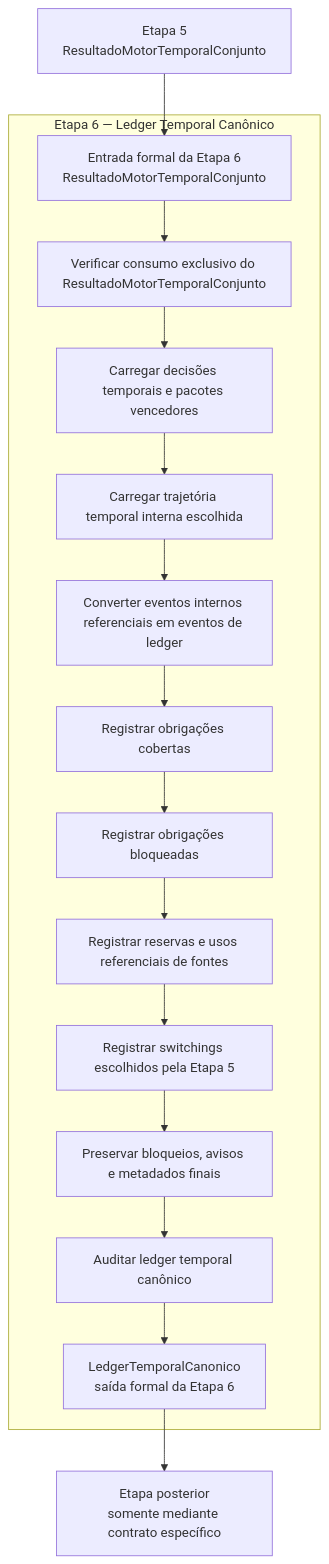
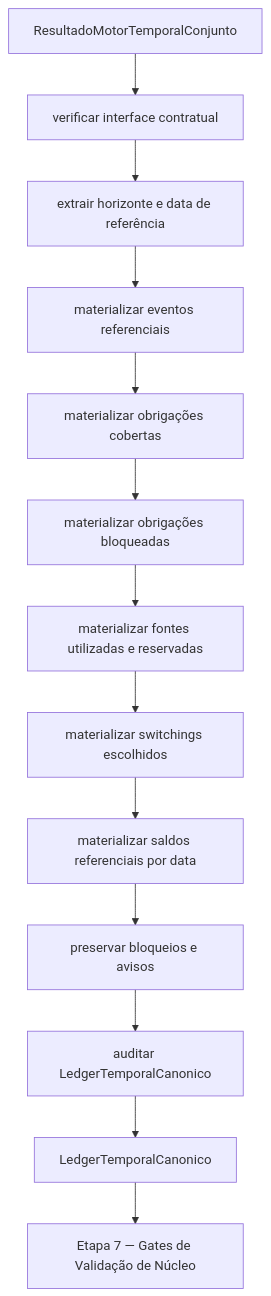
The diagram in relatorios/principais/contratos_individuais/CONTRATO_ETAPA6_LEDGER_TEMPORAL_CANONICO.md (WevertonGomesCosta/payment-investment-allocation), drawn with Mermaid before and after one commit. The commit also changed other lines of this file and 5 other files, not shown here.

````diff
--- a/relatorios/principais/contratos_individuais/CONTRATO_ETAPA6_LEDGER_TEMPORAL_CANONICO.md
+++ b/relatorios/principais/contratos_individuais/CONTRATO_ETAPA6_LEDGER_TEMPORAL_CANONICO.md
@@ -394,20 +176,15 @@
 ```mermaid
 flowchart TD
-    E5[Etapa 5<br/>ResultadoMotorTemporalConjunto] --> IN[Entrada formal da Etapa 6<br/>ResultadoMotorTemporalConjunto]
-
-    subgraph E6[Etapa 6 — Ledger Temporal Canônico]
-        IN --> A[Verificar consumo exclusivo do ResultadoMotorTemporalConjunto]
-        A --> B[Carregar decisões temporais e pacotes vencedores]
-        B --> C[Carregar trajetória temporal interna escolhida]
-        C --> D[Converter eventos internos referenciais em eventos de ledger]
-        D --> E[Registrar obrigações cobertas]
-        E --> F[Registrar obrigações bloqueadas]
-        F --> G[Registrar reservas e usos referenciais de fontes]
-        G --> H[Registrar switchings escolhidos pela Etapa 5]
-        H --> I[Preservar bloqueios, avisos e metadados finais]
-        I --> J[Auditar ledger temporal canônico]
-        J --> OUT[LedgerTemporalCanonico<br/>saída formal da Etapa 6]
-    end
-
-    OUT --> EP[Etapa posterior<br/>somente mediante contrato específico]
+    A[ResultadoMotorTemporalConjunto] --> B[verificar interface contratual]
+    B --> C[extrair horizonte e data de referência]
+    C --> D[materializar eventos referenciais]
+    D --> E[materializar obrigações cobertas]
+    E --> F[materializar obrigações bloqueadas]
+    F --> G[materializar fontes utilizadas e reservadas]
+    G --> H[materializar switchings escolhidos]
+    H --> I[materializar saldos referenciais por data]
+    I --> J[preservar bloqueios e avisos]
+    J --> K[auditar LedgerTemporalCanonico]
+    K --> L[LedgerTemporalCanonico]
+    L --> M[Etapa 7 — Gates de Validação de Núcleo]
 ```
````
